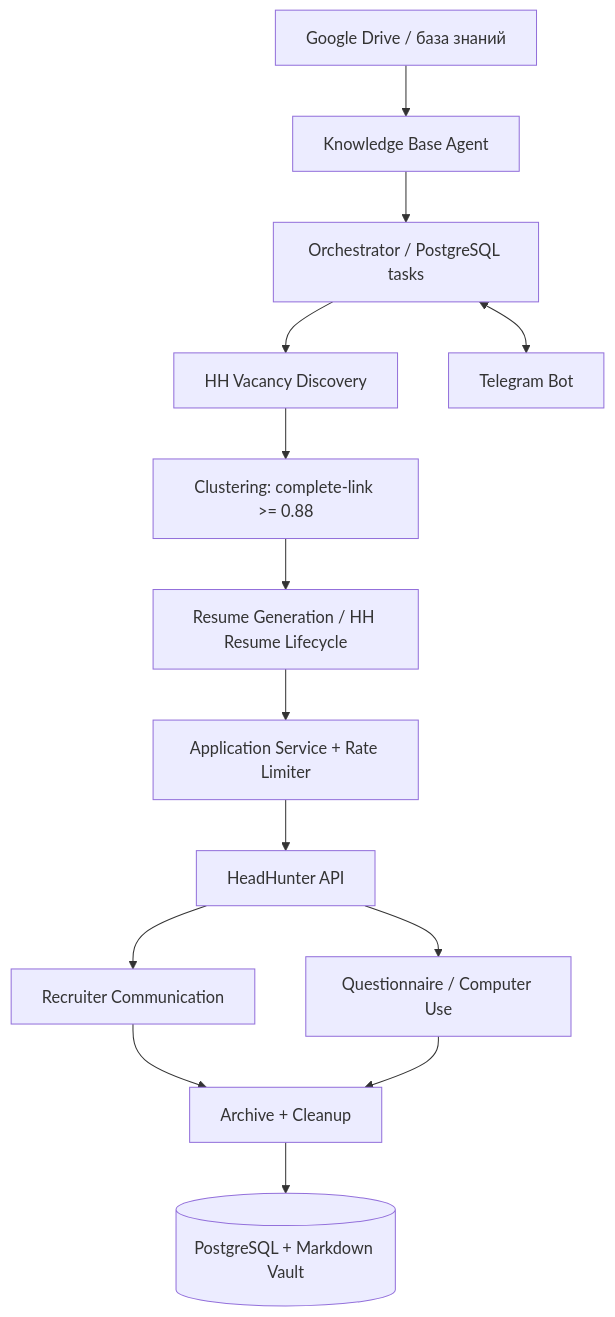
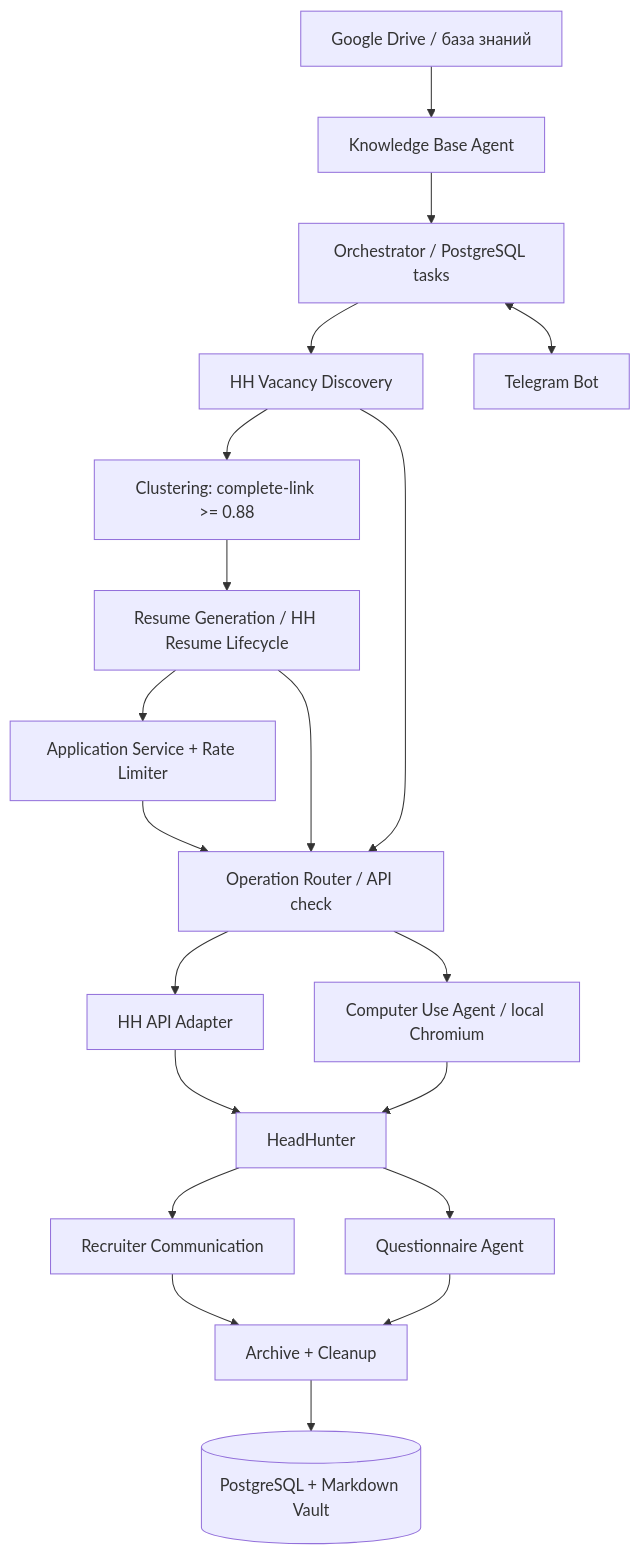
Before and after one commit to alexminkin/hr_agent: the diagram in bft_main.md, drawn with Mermaid. The commit also changed other lines of this file and 18 other files, not shown here.

Commit message:
Add apply to vacancies using Computer Use

````diff
--- a/bft_main.md
+++ b/bft_main.md
@@ -69,16 +73,22 @@
 ```mermaid
 flowchart TD
     GD[Google Drive / база знаний] --> KB[Knowledge Base Agent]
     KB --> ORCH[Orchestrator / PostgreSQL tasks]
     ORCH --> SEARCH[HH Vacancy Discovery]
     SEARCH --> CLUSTER[Clustering: complete-link >= 0.88]
     CLUSTER --> CV[Resume Generation / HH Resume Lifecycle]
     CV --> APPLY[Application Service + Rate Limiter]
-    APPLY --> HH[HeadHunter API]
+    APPLY --> ROUTER[Operation Router / API check]
+    SEARCH --> ROUTER
+    CV --> ROUTER
+    ROUTER --> API[HH API Adapter]
+    ROUTER --> CU[Computer Use Agent / local Chromium]
+    API --> HH[HeadHunter]
+    CU --> HH
     HH --> COMM[Recruiter Communication]
-    HH --> FORMS[Questionnaire / Computer Use]
+    HH --> FORMS[Questionnaire Agent]
     COMM --> ARCHIVE[Archive + Cleanup]
     FORMS --> ARCHIVE
     ORCH <--> TG[Telegram Bot]
     ARCHIVE --> PG[(PostgreSQL + Markdown Vault)]
 ```
````
